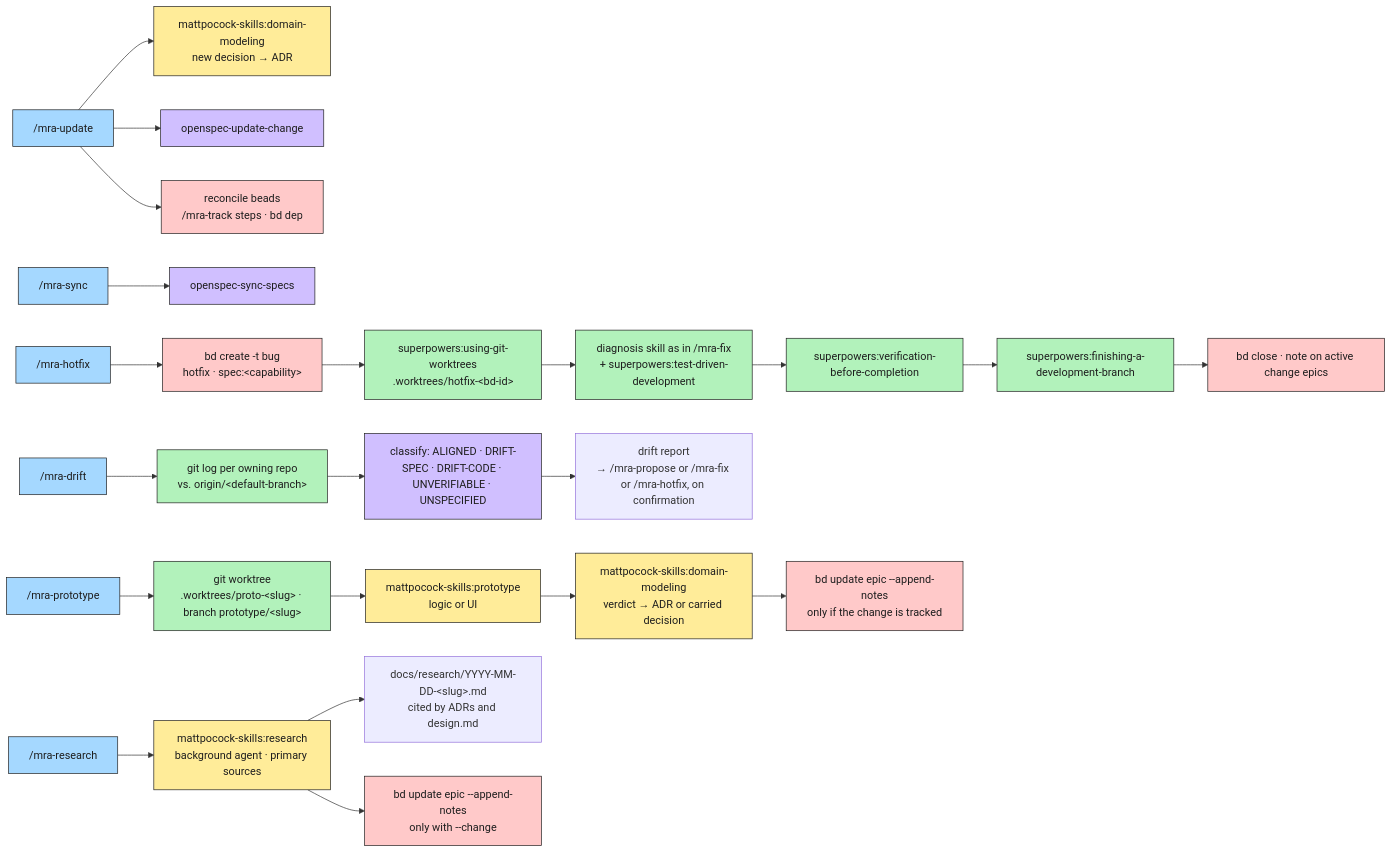
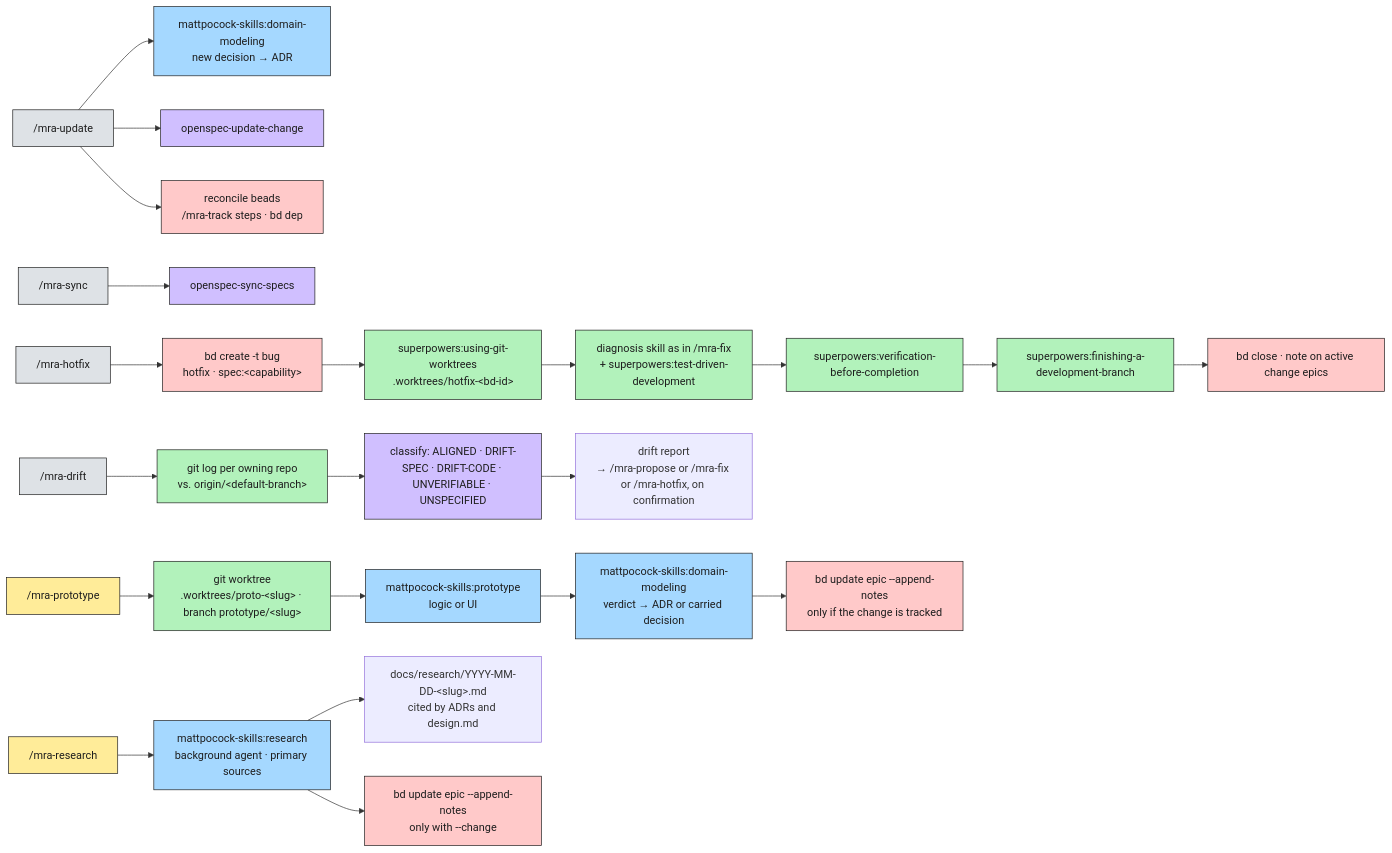
The fourth of 5 diagrams in payload/orchestrator/.mra-flow/docs/mra-flow.md (Ancora-Ancora/mra-flow), drawn with Mermaid before and after one commit. The commit also changed other lines of this file and 2 other files, not shown here.

First line of the commit message:
Colour the flow diagram by skill author; release 0.1.9

````diff
--- a/payload/orchestrator/.mra-flow/docs/mra-flow.md
+++ b/payload/orchestrator/.mra-flow/docs/mra-flow.md
@@ -157,29 +161,30 @@
 ```mermaid
 flowchart LR
-    classDef phase fill:#a5d8ff,stroke:#1e1e1e,color:#1e1e1e
+    classDef phase fill:#dee2e6,stroke:#1e1e1e,color:#1e1e1e
+    classDef mpwrap fill:#ffec99,stroke:#1e1e1e,color:#1e1e1e
     classDef sp fill:#b2f2bb,stroke:#1e1e1e,color:#1e1e1e
-    classDef mp fill:#ffec99,stroke:#1e1e1e,color:#1e1e1e
+    classDef mp fill:#a5d8ff,stroke:#1e1e1e,color:#1e1e1e
     classDef os fill:#d0bfff,stroke:#1e1e1e,color:#1e1e1e
     classDef bd fill:#ffc9c9,stroke:#1e1e1e,color:#1e1e1e
 
     up["/mra-update"]:::phase --> up1["mattpocock-skills:domain-modeling<br/>new decision → ADR"]:::mp
     up --> up2["openspec-update-change"]:::os
     up --> up3["reconcile beads<br/>/mra-track steps · bd dep"]:::bd
     sy["/mra-sync"]:::phase --> sy1["openspec-sync-specs"]:::os
     hf["/mra-hotfix"]:::phase --> hf1["bd create -t bug<br/>hotfix · spec:#lt;capability#gt;"]:::bd
     hf1 --> hf2["superpowers:using-git-worktrees<br/>.worktrees/hotfix-#lt;bd-id#gt;"]:::sp
     hf2 --> hf3["diagnosis skill as in /mra-fix<br/>+ superpowers:test-driven-development"]:::sp
     hf3 --> hf4["superpowers:verification-before-completion"]:::sp
     hf4 --> hf5["superpowers:finishing-a-development-branch"]:::sp
     hf5 --> hf6["bd close · note on active change epics"]:::bd
     dr["/mra-drift"]:::phase --> dr1["git log per owning repo<br/>vs. origin/#lt;default-branch#gt;"]:::sp
     dr1 --> dr2["classify: ALIGNED · DRIFT-SPEC · DRIFT-CODE · UNVERIFIABLE · UNSPECIFIED"]:::os
     dr2 --> drA["drift report<br/>→ /mra-propose or /mra-fix or /mra-hotfix, on confirmation"]
-    pt["/mra-prototype"]:::phase --> pt1["git worktree<br/>.worktrees/proto-#lt;slug#gt; · branch prototype/#lt;slug#gt;"]:::sp
+    pt["/mra-prototype"]:::mpwrap --> pt1["git worktree<br/>.worktrees/proto-#lt;slug#gt; · branch prototype/#lt;slug#gt;"]:::sp
     pt1 --> pt2["mattpocock-skills:prototype<br/>logic or UI"]:::mp
     pt2 --> pt3["mattpocock-skills:domain-modeling<br/>verdict → ADR or carried decision"]:::mp
     pt3 --> pt4["bd update epic --append-notes<br/>only if the change is tracked"]:::bd
-    rs["/mra-research"]:::phase --> rs1["mattpocock-skills:research<br/>background agent · primary sources"]:::mp
+    rs["/mra-research"]:::mpwrap --> rs1["mattpocock-skills:research<br/>background agent · primary sources"]:::mp
     rs1 --> rsA["docs/research/YYYY-MM-DD-#lt;slug#gt;.md<br/>cited by ADRs and design.md"]
     rs1 --> rs2["bd update epic --append-notes<br/>only with --change"]:::bd
 ```
````
